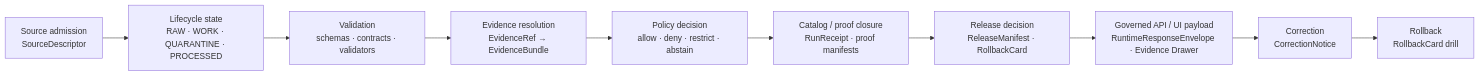
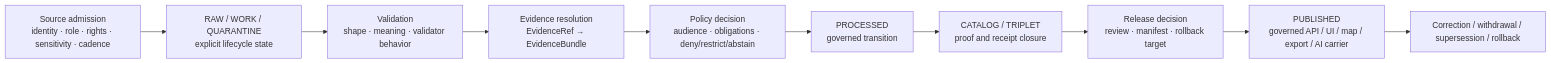
One commit to bartytime4life/Kansas-Frontier-Matrix changed the diagram in tests/README.md. Above: the diagram before and after it, drawn with Mermaid. The commit also changed other lines of this file, not shown here.

````diff
--- a/tests/README.md
+++ b/tests/README.md
@@ -227,12 +370,13 @@
 ```mermaid
 flowchart LR
-    A["Source admission<br/>SourceDescriptor"] --> B["Lifecycle state<br/>RAW · WORK · QUARANTINE · PROCESSED"]
-    B --> C["Validation<br/>schemas · contracts · validators"]
-    C --> D["Evidence resolution<br/>EvidenceRef → EvidenceBundle"]
-    D --> E["Policy decision<br/>allow · deny · restrict · abstain"]
-    E --> F["Catalog / proof closure<br/>RunReceipt · proof manifests"]
-    F --> G["Release decision<br/>ReleaseManifest · RollbackCard"]
-    G --> H["Governed API / UI payload<br/>RuntimeResponseEnvelope · Evidence Drawer"]
-    H --> I["Correction<br/>CorrectionNotice"]
-    I --> J["Rollback<br/>RollbackCard drill"]
+  A["Source admission<br/>identity · role · rights · sensitivity · cadence"] -->
+  B["RAW / WORK / QUARANTINE<br/>explicit lifecycle state"] -->
+  C["Validation<br/>shape · meaning · validator behavior"] -->
+  D["Evidence resolution<br/>EvidenceRef → EvidenceBundle"] -->
+  E["Policy decision<br/>audience · obligations · deny/restrict/abstain"] -->
+  F["PROCESSED<br/>governed transition"] -->
+  G["CATALOG / TRIPLET<br/>proof and receipt closure"] -->
+  H["Release decision<br/>review · manifest · rollback target"] -->
+  I["PUBLISHED<br/>governed API / UI / map / export / AI carrier"] -->
+  J["Correction / withdrawal / supersession / rollback"]
 ```
````
